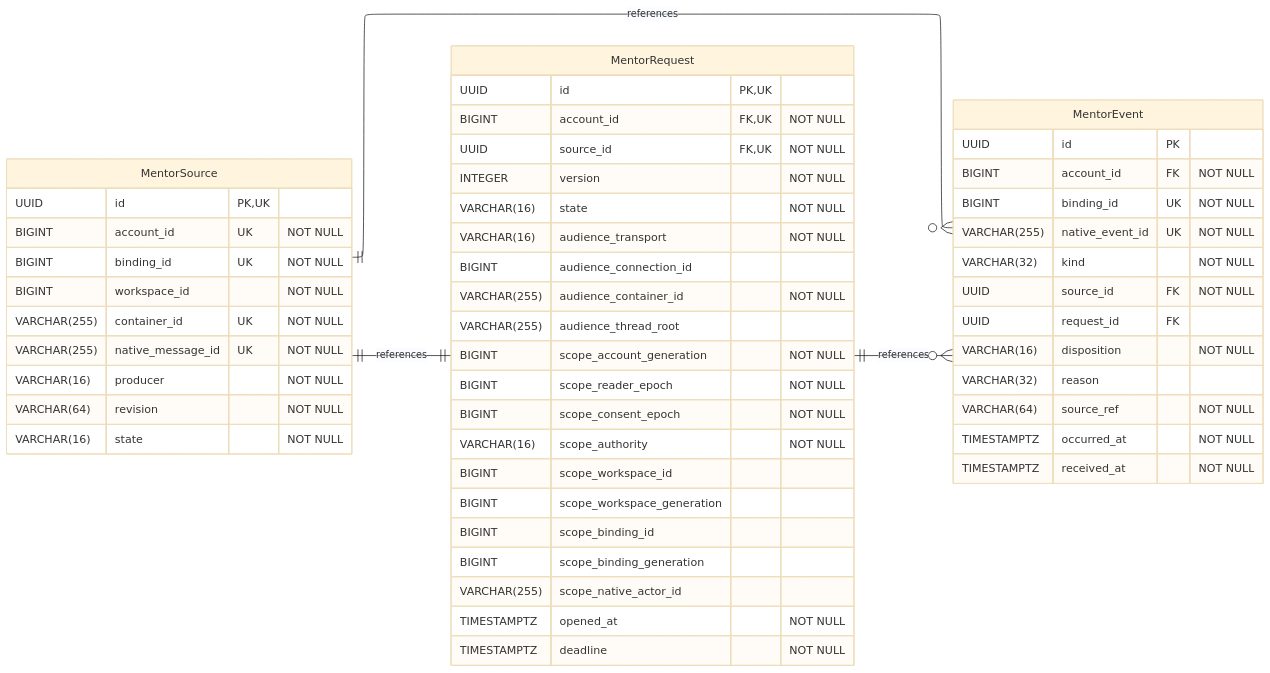
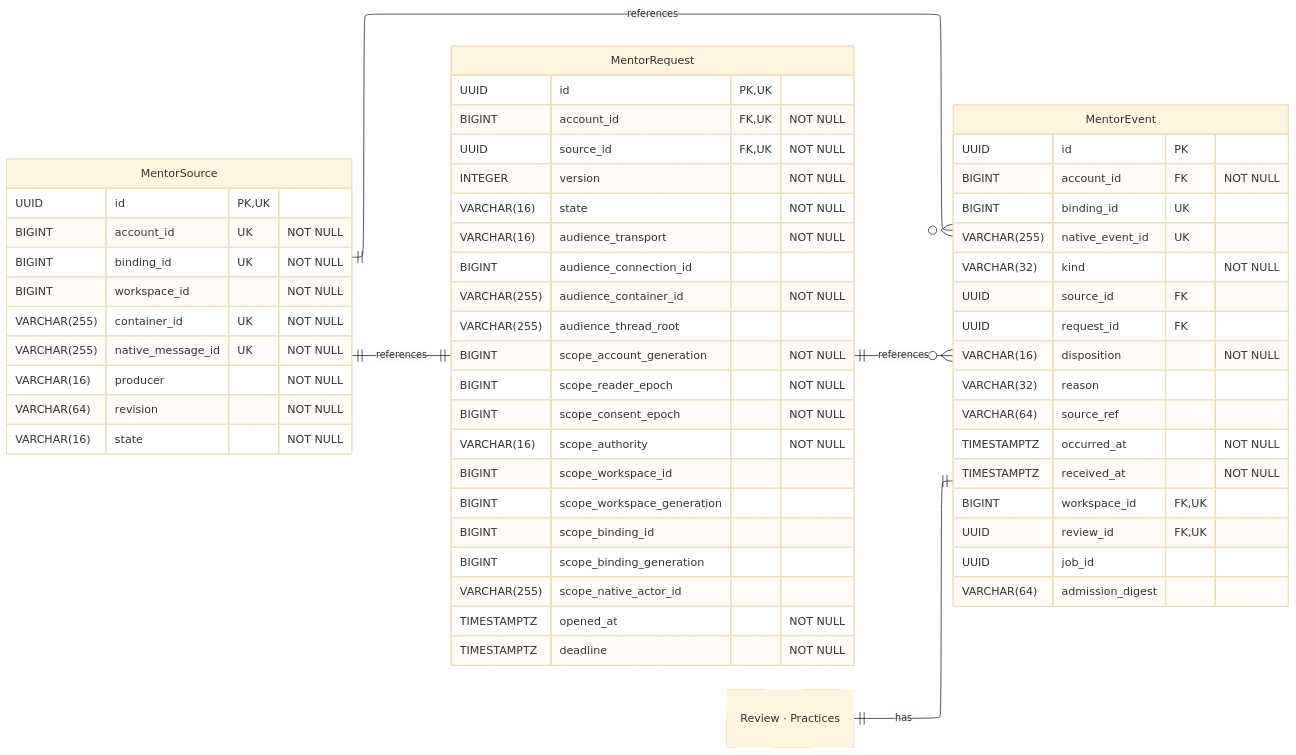
The diagram in docs/contributor/erd/mentor.mmd (hephaestus-build/Hephaestus), drawn with Mermaid (base theme) before and after one commit. The commit also changed 3 other files, not shown here.

Commit message:
chore(server): format and draft the mentor-review-intake changelog

```diff
--- a/docs/contributor/erd/mentor.mmd
+++ b/docs/contributor/erd/mentor.mmd
@@ -1,74 +1,83 @@
 ---
 config:
     layout: elk
 ---
 erDiagram
     %% Generated automatically from PostgreSQL database schema
     %% using scripts/generate-mermaid-erd.ts
     %% To regenerate: vp run db:generate-erd-docs
 
     direction LR
 
     MentorEvent {
         UUID id PK
         BIGINT account_id FK "NOT NULL"
-        BIGINT binding_id UK "NOT NULL"
-        VARCHAR(255) native_event_id UK "NOT NULL"
+        BIGINT binding_id UK
+        VARCHAR(255) native_event_id UK
         VARCHAR(32) kind "NOT NULL"
-        UUID source_id FK "NOT NULL"
+        UUID source_id FK
         UUID request_id FK
         VARCHAR(16) disposition "NOT NULL"
         VARCHAR(32) reason
-        VARCHAR(64) source_ref "NOT NULL"
+        VARCHAR(64) source_ref
         TIMESTAMPTZ occurred_at "NOT NULL"
         TIMESTAMPTZ received_at "NOT NULL"
+        BIGINT workspace_id FK,UK
+        UUID review_id FK,UK
+        UUID job_id
+        VARCHAR(64) admission_digest
     }
 
     MentorRequest {
         UUID id PK,UK
         BIGINT account_id FK,UK "NOT NULL"
         UUID source_id FK,UK "NOT NULL"
         INTEGER version "NOT NULL"
         VARCHAR(16) state "NOT NULL"
         VARCHAR(16) audience_transport "NOT NULL"
         BIGINT audience_connection_id
         VARCHAR(255) audience_container_id "NOT NULL"
         VARCHAR(255) audience_thread_root
         BIGINT scope_account_generation "NOT NULL"
         BIGINT scope_reader_epoch "NOT NULL"
         BIGINT scope_consent_epoch "NOT NULL"
         VARCHAR(16) scope_authority "NOT NULL"
         BIGINT scope_workspace_id
         BIGINT scope_workspace_generation
         BIGINT scope_binding_id
         BIGINT scope_binding_generation
         VARCHAR(255) scope_native_actor_id
         TIMESTAMPTZ opened_at "NOT NULL"
         TIMESTAMPTZ deadline "NOT NULL"
     }
 
     MentorSource {
         UUID id PK,UK
         BIGINT account_id UK "NOT NULL"
         BIGINT binding_id UK "NOT NULL"
         BIGINT workspace_id "NOT NULL"
         VARCHAR(255) container_id UK "NOT NULL"
         VARCHAR(255) native_message_id UK "NOT NULL"
         VARCHAR(16) producer "NOT NULL"
         VARCHAR(64) revision "NOT NULL"
         VARCHAR(16) state "NOT NULL"
     }
 
+    Review["Review · Practices"]
+
     %% Relationships
     %% One-to-One relationships
+    Review ||--|| MentorEvent : has
     MentorSource ||--|| MentorRequest : references
 
     %% One-to-Many relationships
     MentorRequest ||--o{ MentorEvent : references
     MentorSource ||--o{ MentorEvent : references
 
     %% Styling
     classDef primaryEntity stroke-width:2px
     classDef associationEntity stroke-width:1px
     classDef metadataEntity stroke-width:1px
     classDef referenceEntity stroke-dasharray:5 5
+
+    class Review referenceEntity
```
